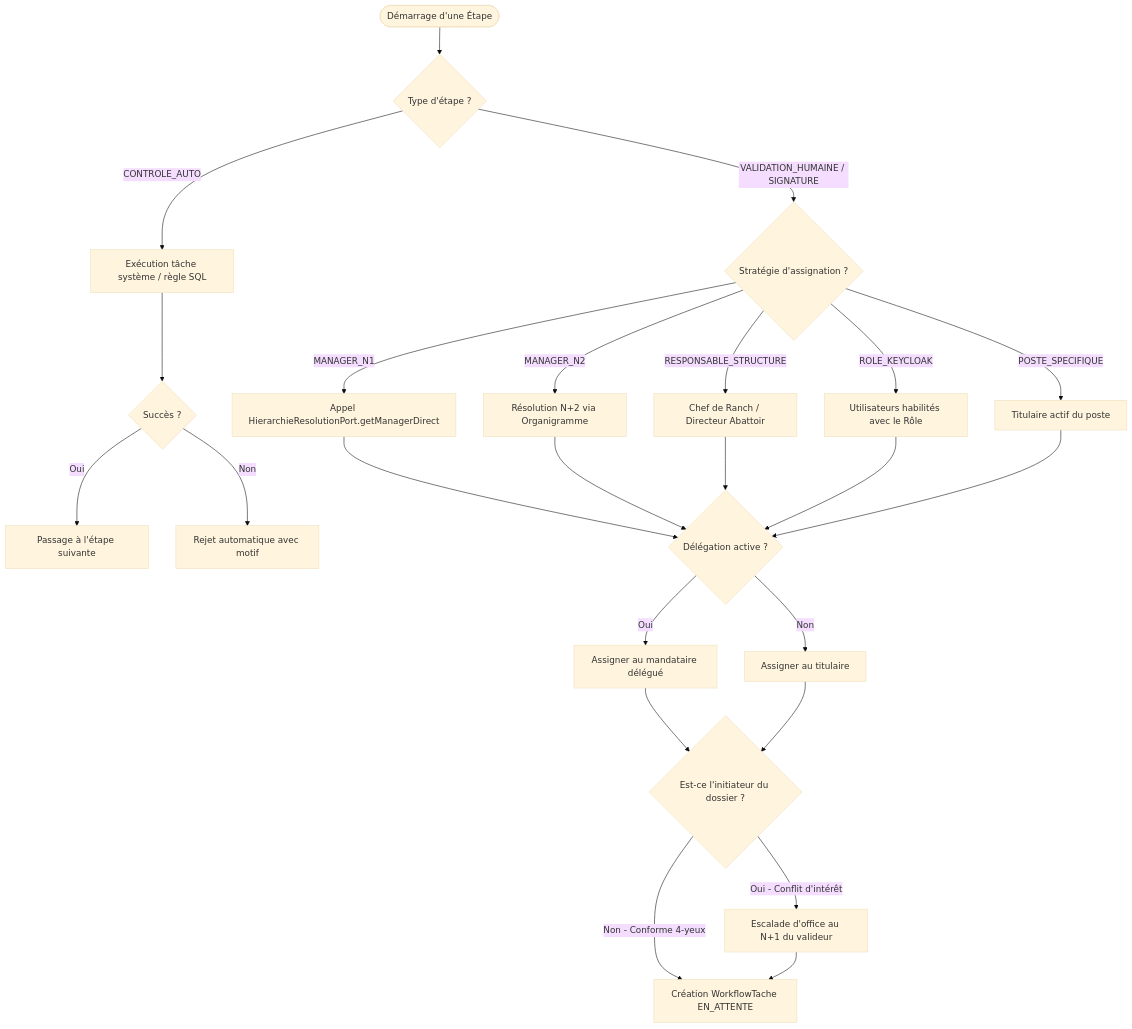
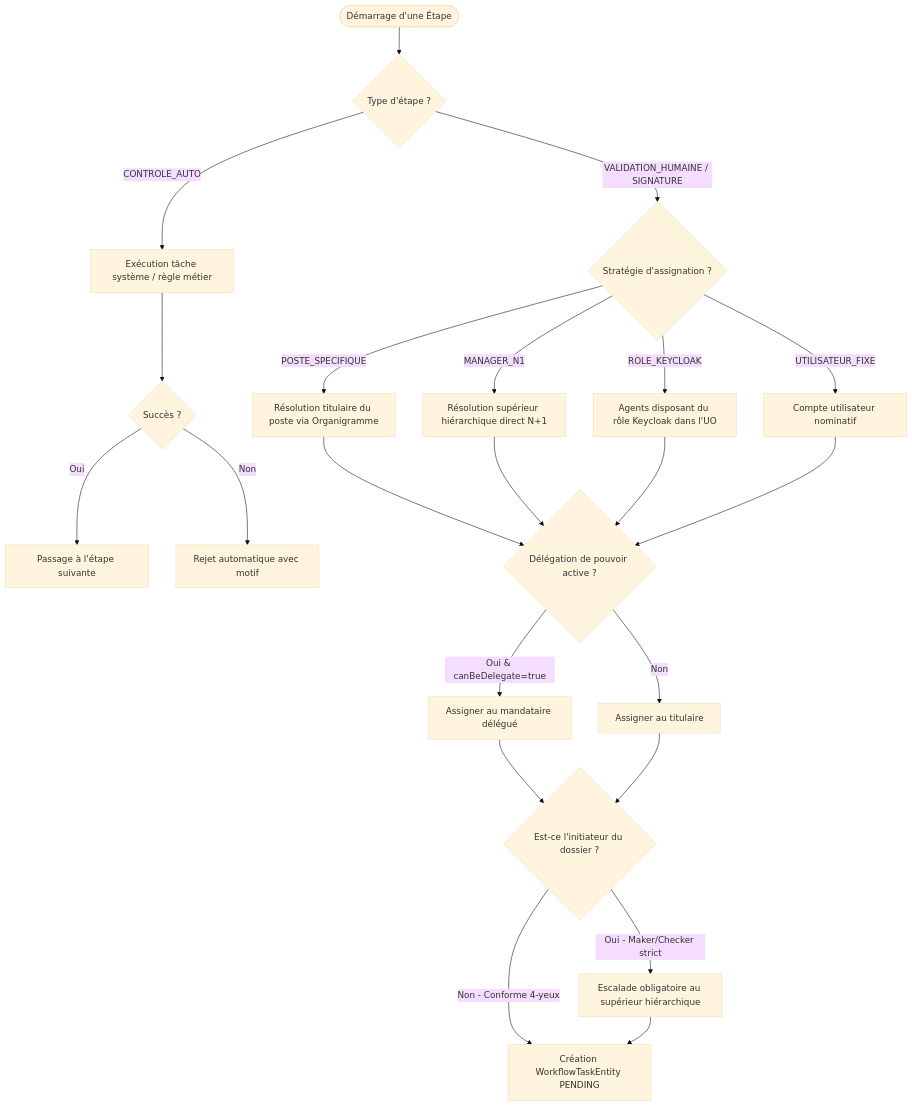
One commit to blingard/sodepa_backend changed the second of 2 diagrams in docs/architecture/SPECIFICATION_MOTEUR_WORKFLOW_UNIVERSEL.md. Above: the diagram before and after it, drawn with Mermaid (base theme). The commit also changed other lines of this file and 143 other files, not shown here.

First line of the commit message:
feat(workflow): convergence universelle du moteur de workflow et resolution complete des ecarts D1-D12

````diff
--- a/docs/architecture/SPECIFICATION_MOTEUR_WORKFLOW_UNIVERSEL.md
+++ b/docs/architecture/SPECIFICATION_MOTEUR_WORKFLOW_UNIVERSEL.md
@@ -195,33 +201,31 @@
 ```mermaid
 flowchart TD
     Start([Démarrage d'une Étape]) --> CheckType{Type d'étape ?}
     
-    CheckType -->|CONTROLE_AUTO| RunAuto[Exécution tâche système / règle SQL]
+    CheckType -->|CONTROLE_AUTO| RunAuto[Exécution tâche système / règle métier]
     RunAuto --> AutoSuccess{Succès ?}
     AutoSuccess -->|Oui| NextStep[Passage à l'étape suivante]
     AutoSuccess -->|Non| Reject[Rejet automatique avec motif]
 
     CheckType -->|VALIDATION_HUMAINE / SIGNATURE| CheckStrat{Stratégie d'assignation ?}
 
-    CheckStrat -->|MANAGER_N1| ResolveN1[Appel HierarchieResolutionPort.getManagerDirect]
-    CheckStrat -->|MANAGER_N2| ResolveN2[Résolution N+2 via Organigramme]
-    CheckStrat -->|RESPONSABLE_STRUCTURE| ResolveResp[Chef de Ranch / Directeur Abattoir]
-    CheckStrat -->|ROLE_KEYCLOAK| ResolveRole[Utilisateurs habilités avec le Rôle]
-    CheckStrat -->|POSTE_SPECIFIQUE| ResolvePoste[Titulaire actif du poste]
+    CheckStrat -->|POSTE_SPECIFIQUE| ResolvePoste[Résolution titulaire du poste via Organigramme]
+    CheckStrat -->|MANAGER_N1| ResolveN1[Résolution supérieur hiérarchique direct N+1]
+    CheckStrat -->|ROLE_KEYCLOAK| ResolveRole[Agents disposant du rôle Keycloak dans l'UO]
+    CheckStrat -->|UTILISATEUR_FIXE| ResolveUser[Compte utilisateur nominatif]
 
-    ResolveN1 --> CheckDelegation{Délégation active ?}
-    ResolveN2 --> CheckDelegation
-    ResolveResp --> CheckDelegation
+    ResolvePoste --> CheckDelegation{Délégation de pouvoir active ?}
+    ResolveN1 --> CheckDelegation
     ResolveRole --> CheckDelegation
-    ResolvePoste --> CheckDelegation
+    ResolveUser --> CheckDelegation
 
-    CheckDelegation -->|Oui| AssignDelegue[Assigner au mandataire délégué]
+    CheckDelegation -->|Oui & canBeDelegate=true| AssignDelegue[Assigner au mandataire délégué]
     CheckDelegation -->|Non| AssignTitulaire[Assigner au titulaire]
 
     AssignDelegue --> CheckMaker{Est-ce l'initiateur du dossier ?}
     AssignTitulaire --> CheckMaker
 
-    CheckMaker -->|Oui - Conflit d'intérêt| EscalateSegregation[Escalade d'office au N+1 du valideur]
-    CheckMaker -->|Non - Conforme 4-yeux| CreateTask[Création WorkflowTache EN_ATTENTE]
+    CheckMaker -->|Oui - Maker/Checker strict| EscalateSegregation[Escalade obligatoire au supérieur hiérarchique]
+    CheckMaker -->|Non - Conforme 4-yeux| CreateTask[Création WorkflowTaskEntity PENDING]
     EscalateSegregation --> CreateTask
 ```
````
